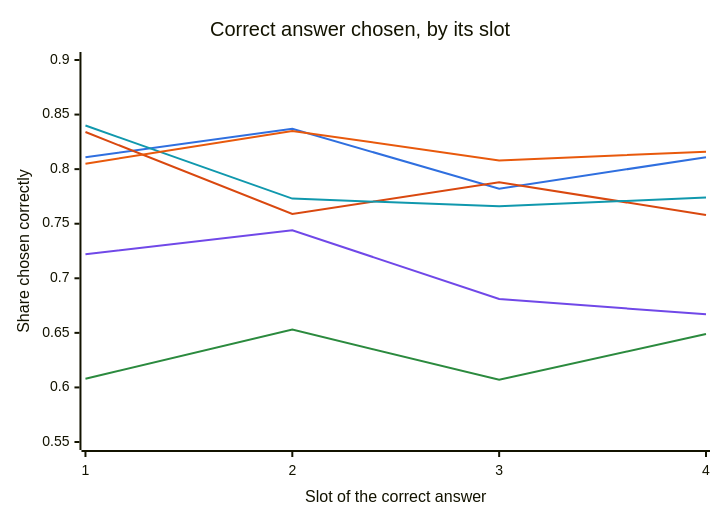
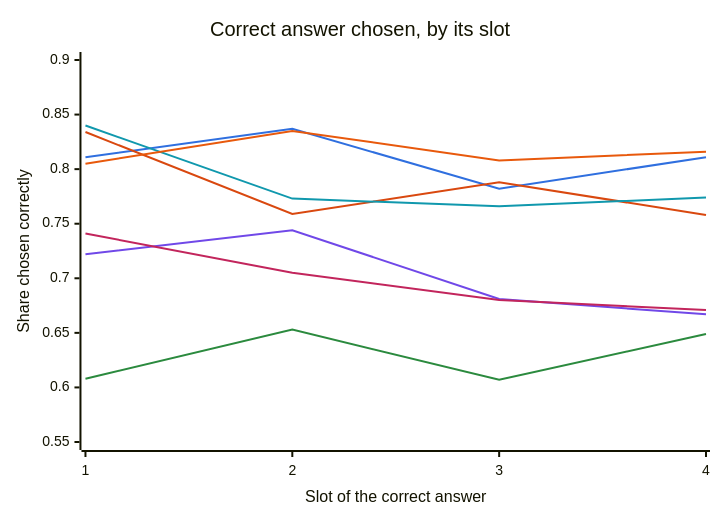
One commit to dorkitude/order-blind-decisions changed the first of 3 diagrams in README.md. Above: the diagram before and after it, drawn with Mermaid. The commit also changed other lines of this file and 16 other files, not shown here.

````diff
--- a/README.md
+++ b/README.md
@@ -52,13 +53,14 @@
 ```mermaid
-%%{init: {"themeVariables": {"xyChart": {"plotColorPalette": "#2f6fdf, #d9480f, #2b8a3e, #7048e8, #1098ad, #e8590c"}}}}%%
+%%{init: {"themeVariables": {"xyChart": {"plotColorPalette": "#2f6fdf, #d9480f, #2b8a3e, #7048e8, #1098ad, #e8590c, #c2255c"}}}}%%
 xychart-beta
     title "Correct answer chosen, by its slot"
     x-axis "Slot of the correct answer" [1, 2, 3, 4]
     y-axis "Share chosen correctly" 0.55 --> 0.90
     line [0.811, 0.837, 0.782, 0.811]
     line [0.834, 0.759, 0.788, 0.758]
     line [0.608, 0.653, 0.607, 0.649]
     line [0.722, 0.744, 0.681, 0.667]
     line [0.840, 0.773, 0.766, 0.774]
     line [0.805, 0.835, 0.808, 0.816]
+    line [0.741, 0.705, 0.680, 0.671]
 ```
````
